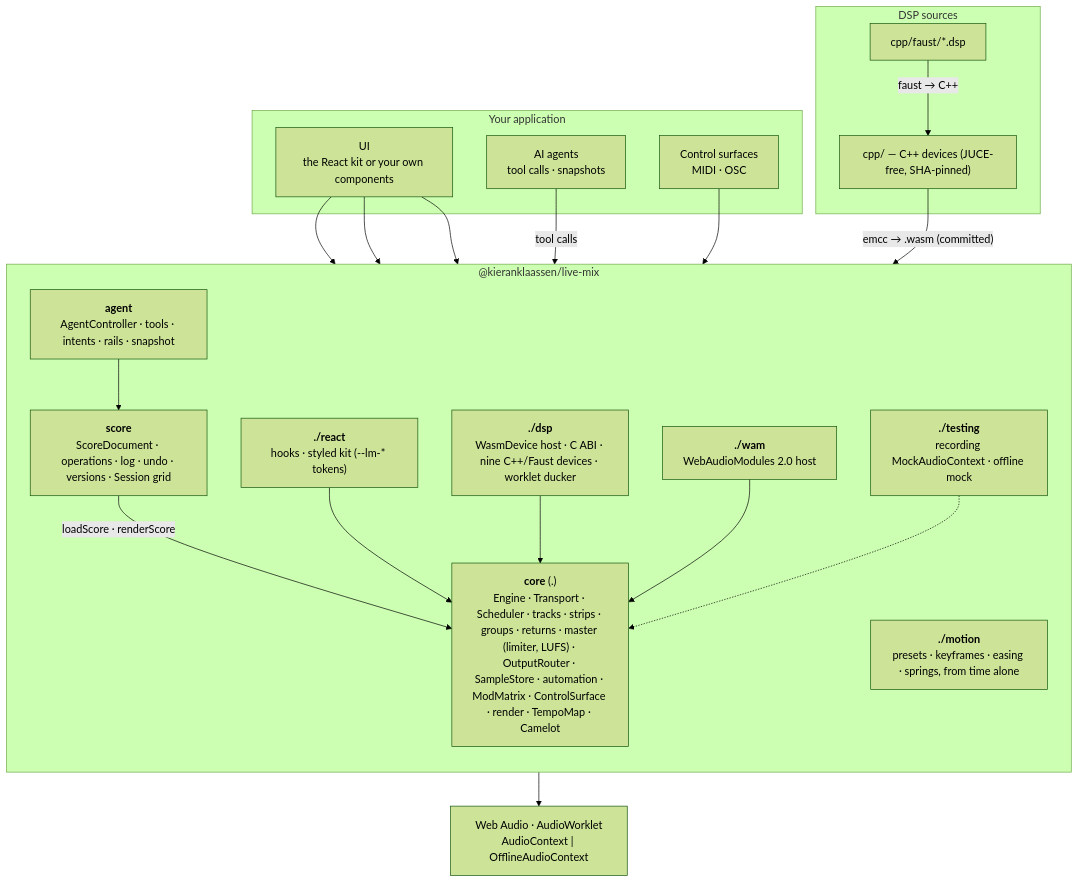
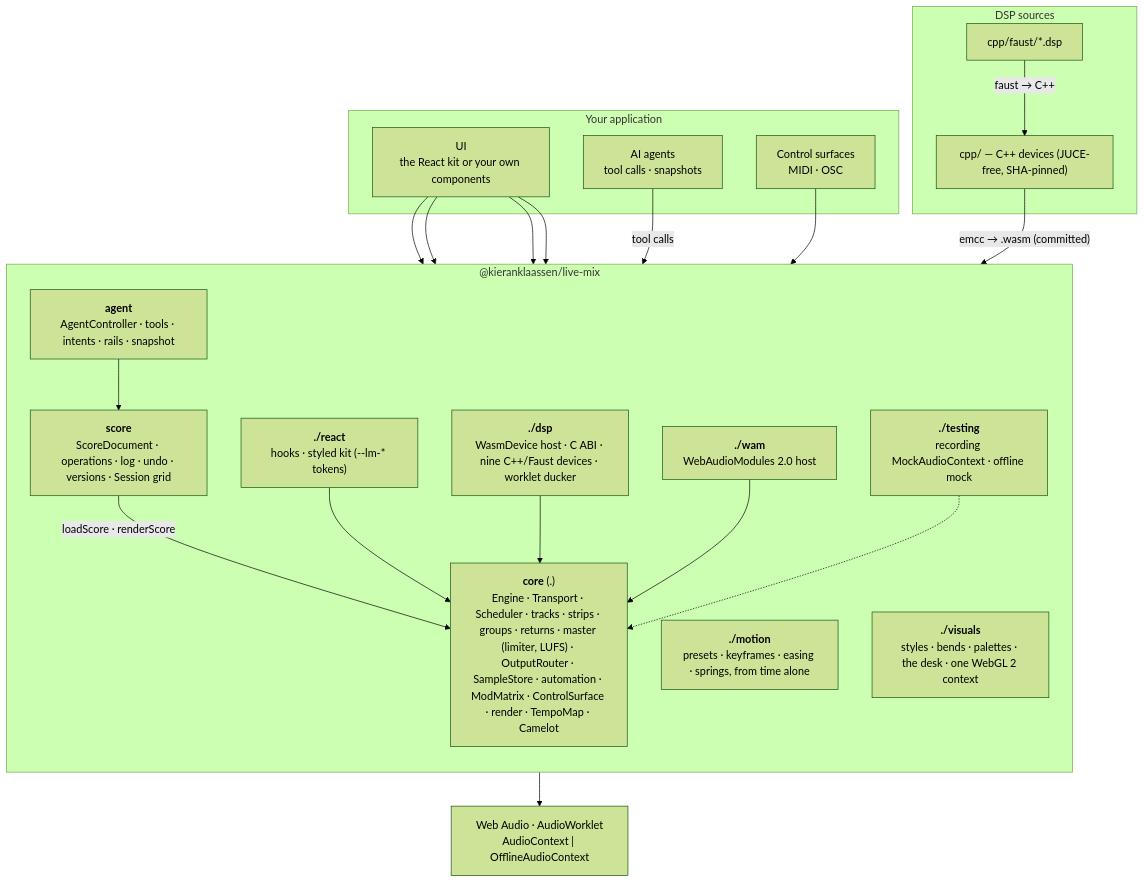
The diagram in README.md (kieranklaassen/live-mix), drawn with Mermaid (forest theme) before and after one commit. The commit also changed other lines of this file and 85 other files, not shown here.

````diff
--- a/README.md
+++ b/README.md
@@ -490,37 +558,39 @@
 ```mermaid
 flowchart TB
   subgraph app["Your application"]
     UI["UI<br/>the React kit or your own components"]
     LLM["AI agents<br/>tool calls · snapshots"]
     HW["Control surfaces<br/>MIDI · OSC"]
   end
   subgraph lib["@kieranklaassen/live-mix"]
     direction TB
     REACT["<b>./react</b><br/>hooks · styled kit (--lm-* tokens)"]
     AGENT["<b>agent</b><br/>AgentController · tools · intents · rails · snapshot"]
     SCORE["<b>score</b><br/>ScoreDocument · operations · log · undo · versions · Session grid"]
     CORE["<b>core</b> (.)<br/>Engine · Transport · Scheduler · tracks · strips · groups · returns · master (limiter, LUFS) · OutputRouter · SampleStore · automation · ModMatrix · ControlSurface · render · TempoMap · Camelot"]
     DSP["<b>./dsp</b><br/>WasmDevice host · C ABI · nine C++/Faust devices · worklet ducker"]
     WAM["<b>./wam</b><br/>WebAudioModules 2.0 host"]
     MOTION["<b>./motion</b><br/>presets · keyframes · easing · springs, from time alone"]
+    VISUALS["<b>./visuals</b><br/>styles · bends · palettes · the desk · one WebGL 2 context"]
     TEST["<b>./testing</b><br/>recording MockAudioContext · offline mock"]
   end
   subgraph dsp["DSP sources"]
     CPP["cpp/ — C++ devices (JUCE-free, SHA-pinned)"]
     FAUST["cpp/faust/*.dsp"]
   end
   UI --> REACT
   UI --> CORE
   UI --> MOTION
+  UI --> VISUALS
   LLM -->|"tool calls"| AGENT
   HW --> CORE
   AGENT --> SCORE
   SCORE -->|"loadScore · renderScore"| CORE
   REACT --> CORE
   DSP --> CORE
   WAM --> CORE
   TEST -.-> CORE
   CPP -->|"emcc → .wasm (committed)"| DSP
   FAUST -->|"faust → C++"| CPP
   CORE --> WA["Web Audio · AudioWorklet<br/>AudioContext | OfflineAudioContext"]
 ```
````
